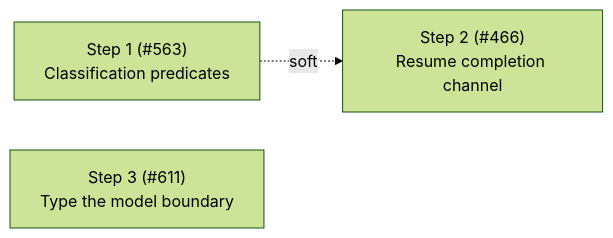
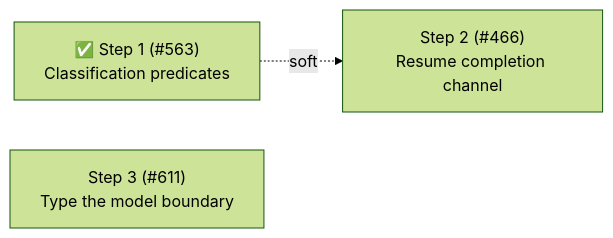
One commit to coderdkai/pi-packages changed the sixth of 6 diagrams in packages/pi-subagents/docs/architecture/architecture.md. Above: the diagram before and after it, drawn with Mermaid (forest theme). The commit also changed other lines of this file, not shown here.

Commit message:
docs(pi-subagents): mark Phase 21 Step 1 complete

````diff
--- a/packages/pi-subagents/docs/architecture/architecture.md
+++ b/packages/pi-subagents/docs/architecture/architecture.md
@@ -741,5 +745,5 @@
 ```mermaid
 flowchart LR
-    S1["Step 1 (#563)<br/>Classification predicates"] -.soft.-> S2["Step 2 (#466)<br/>Resume completion channel"]
+    S1["✅ Step 1 (#563)<br/>Classification predicates"] -.soft.-> S2["Step 2 (#466)<br/>Resume completion channel"]
     S3["Step 3 (#611)<br/>Type the model boundary"]
 ```
````
